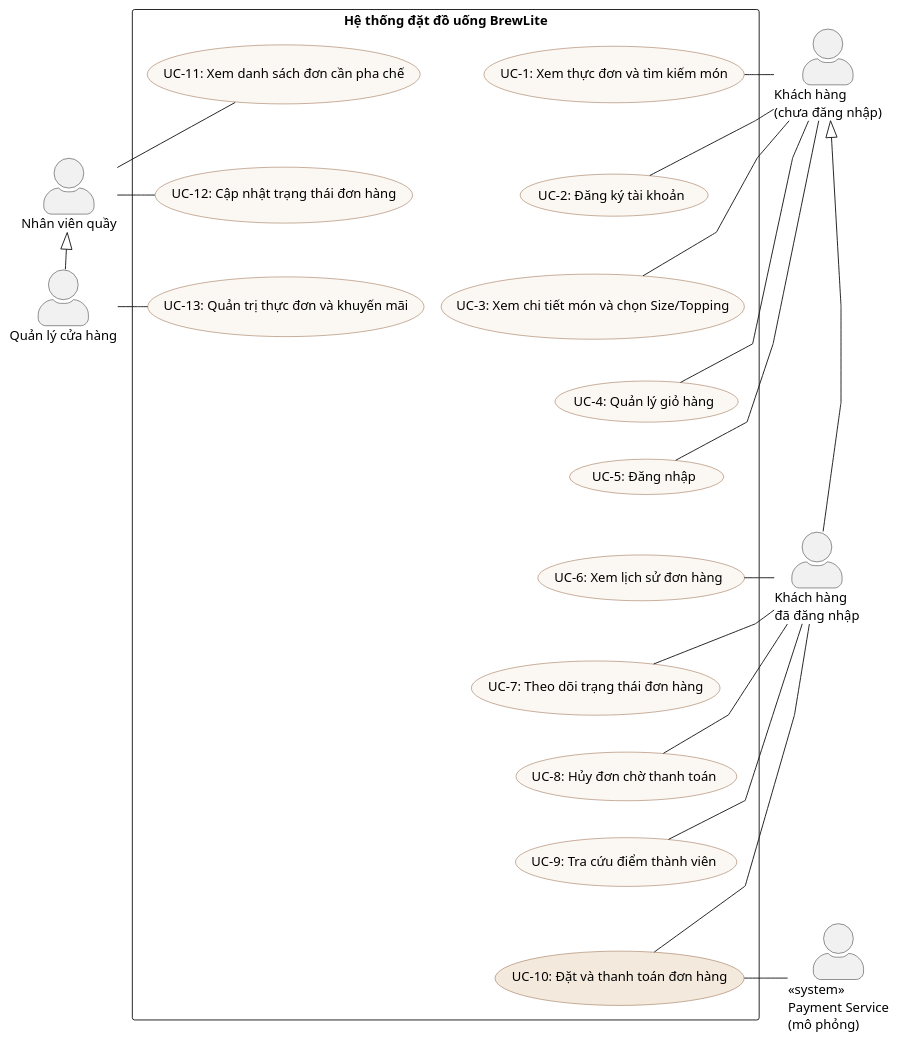
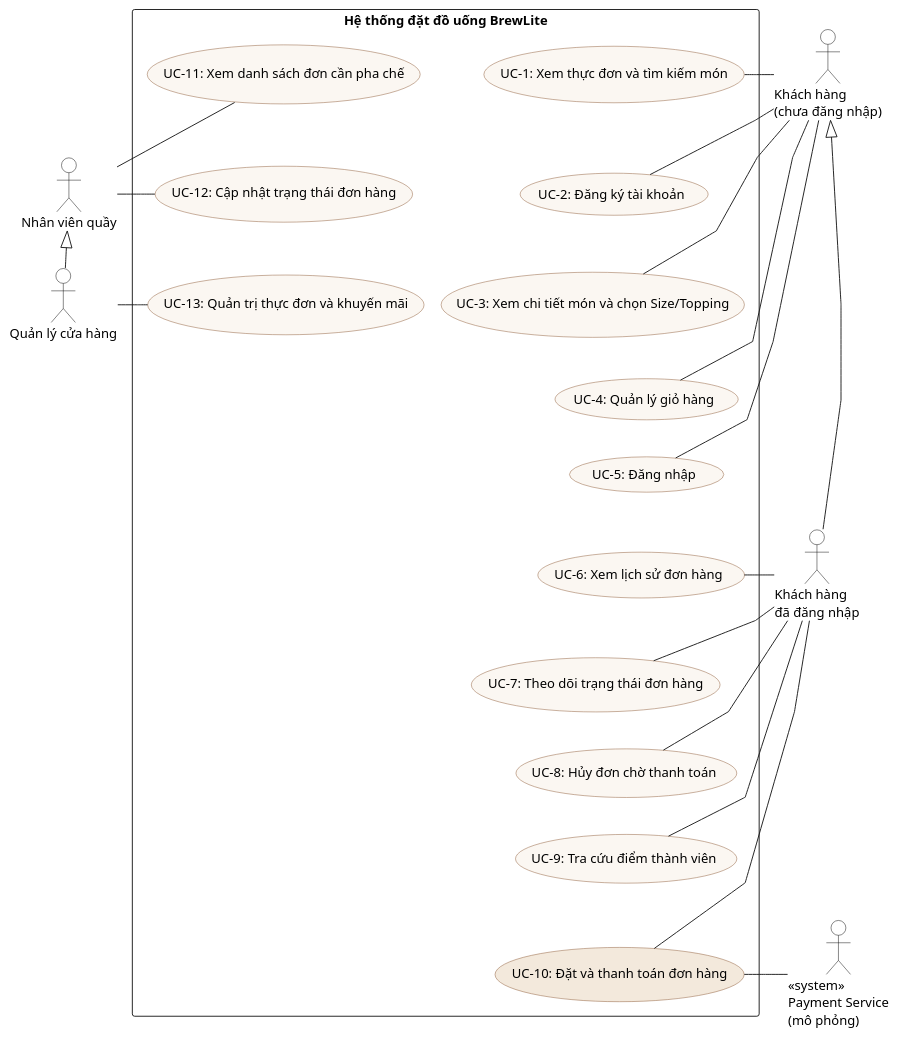
The diagram in docs/diagrams/use-case-overview.puml (LHTCoder/brewlite), drawn with PlantUML before and after one commit. The commit also changed 5 other files, not shown here.

```diff
--- a/docs/diagrams/use-case-overview.puml
+++ b/docs/diagrams/use-case-overview.puml
@@ -1,69 +1,72 @@
 @startuml use-case-overview
 ' Sơ đồ use-case tổng quát hệ thống BrewLite (SRS §2)
 ' Mã UC đánh theo thứ tự đọc trên sơ đồ; liên kết actor – use-case là đường thẳng (association)
 ' Quan hệ include/extend của UC-10 thể hiện ở sơ đồ use-case "Đặt và thanh toán đơn hàng"
 skinparam packageStyle rectangle
 skinparam linetype polyline
-skinparam actorStyle awesome
 skinparam nodesep 18
 skinparam ranksep 40
+skinparam actor {
+  BackgroundColor #FFFFFF
+  BorderColor #000000
+}
 skinparam usecase {
   BackgroundColor #FBF7F2
   BorderColor #8A5733
 }
 
 actor "Khách hàng\n(chưa đăng nhập)" as Guest
 actor "Khách hàng\nđã đăng nhập" as Customer
 actor "<<system>>\nPayment Service\n(mô phỏng)" as Pay
 actor "Nhân viên quầy" as Staff
 actor "Quản lý cửa hàng" as Manager
 
 rectangle "Hệ thống đặt đồ uống BrewLite" {
   usecase "UC-1: Xem thực đơn và tìm kiếm món" as UC1
   usecase "UC-2: Đăng ký tài khoản" as UC2
   usecase "UC-3: Xem chi tiết món và chọn Size/Topping" as UC3
   usecase "UC-4: Quản lý giỏ hàng" as UC4
   usecase "UC-5: Đăng nhập" as UC5
   usecase "UC-6: Xem lịch sử đơn hàng" as UC6
   usecase "UC-7: Theo dõi trạng thái đơn hàng" as UC7
   usecase "UC-8: Hủy đơn chờ thanh toán" as UC8
   usecase "UC-9: Tra cứu điểm thành viên" as UC9
   usecase "UC-10: Đặt và thanh toán đơn hàng" as UC10 #F3E9DC
   usecase "UC-11: Xem danh sách đơn cần pha chế" as UC11
   usecase "UC-12: Cập nhật trạng thái đơn hàng" as UC12
   usecase "UC-13: Quản trị thực đơn và khuyến mãi" as UC13
 }
 
 UC1 -[hidden]down- UC2
 UC2 -[hidden]down- UC3
 UC3 -[hidden]down- UC4
 UC4 -[hidden]down- UC5
 UC5 -[hidden]down- UC6
 UC6 -[hidden]down- UC7
 UC7 -[hidden]down- UC8
 UC8 -[hidden]down- UC9
 UC9 -[hidden]down- UC10
 UC11 -[hidden]down- UC12
 UC12 -[hidden]down- UC13
 
 Guest -right- UC1
 Guest -right- UC2
 Guest -right- UC3
 Guest -right- UC4
 Guest -right- UC5
 
 Customer -right- UC6
 Customer -right- UC7
 Customer -right- UC8
 Customer -right- UC9
 Customer -right- UC10
 UC10 -right- Pay
 Customer -[hidden]down- Pay
 
 UC11 -right- Staff
 UC12 -right- Staff
 UC13 -right- Manager
 
 Guest <|-down- Customer
 Staff <|-down- Manager
 @enduml
```
